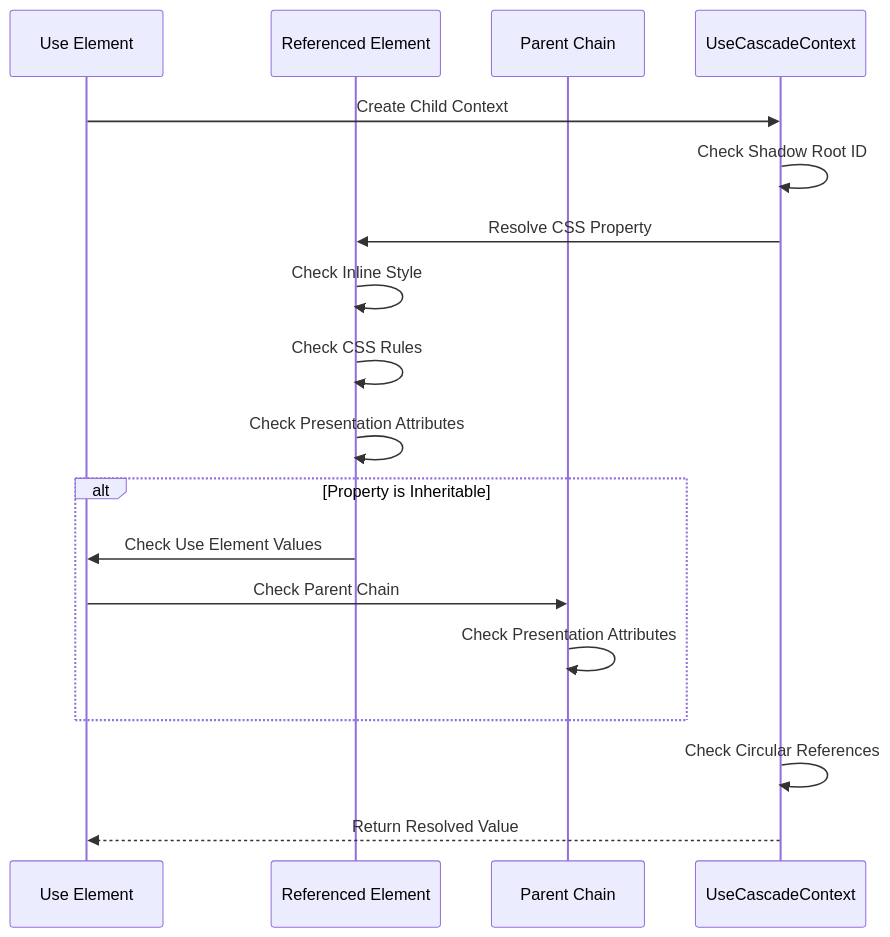
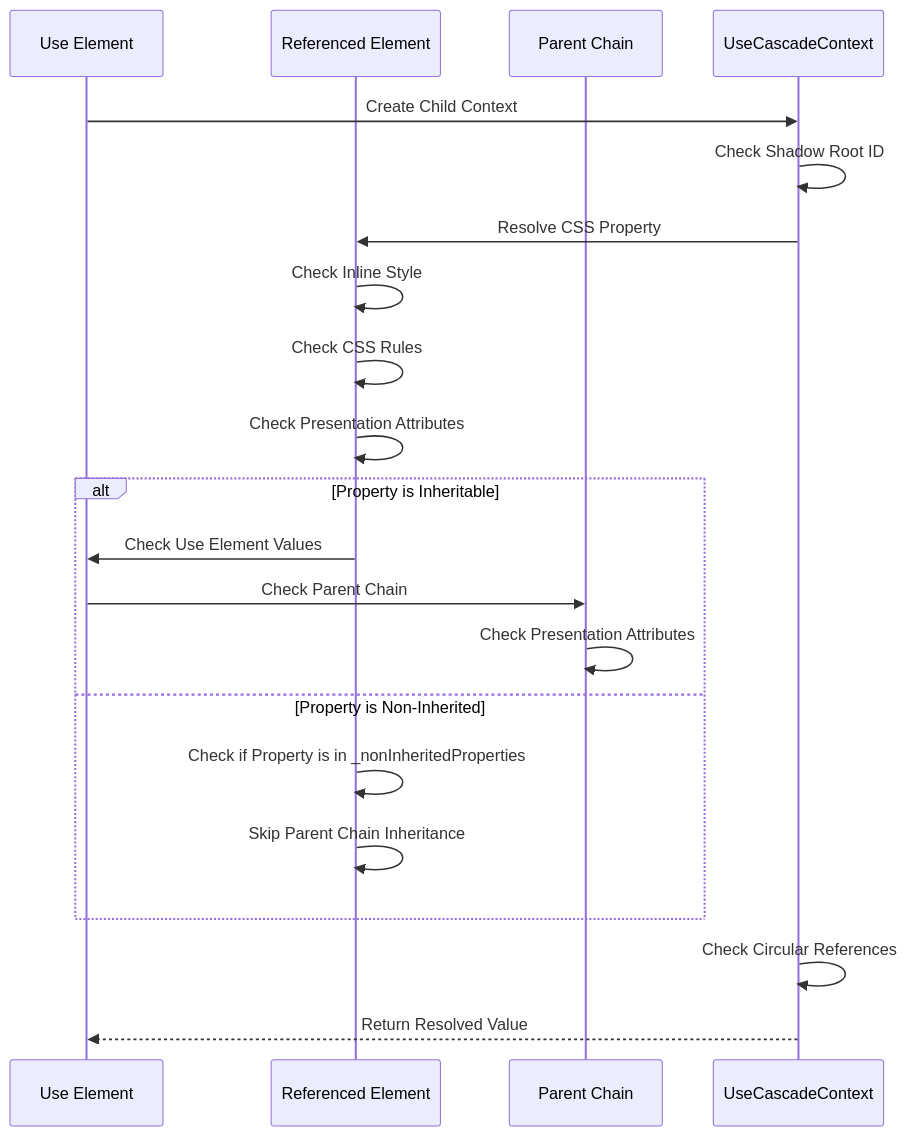
Before and after one commit to denisnadey/flutter_full_svg_support: the fifth of 8 diagrams in .qoder/repowiki/en/content/Animated SVG Support/Advanced Animation Features/Enhanced CSS Variables and Calculations/CSS Cascade System.md, drawn with Mermaid. The commit also changed other lines of this file and 629 other files, not shown here.

First line of the commit message:
feat(css-cascade): enhance non-inherited property handling and shadow DOM support

````diff
--- a/.qoder/repowiki/en/content/Animated SVG Support/Advanced Animation Features/Enhanced CSS Variables and Calculations/CSS Cascade System.md
+++ b/.qoder/repowiki/en/content/Animated SVG Support/Advanced Animation Features/Enhanced CSS Variables and Calculations/CSS Cascade System.md
@@ -302,20 +320,23 @@
 ```mermaid
 sequenceDiagram
 participant U as Use Element
 participant R as Referenced Element
 participant P as Parent Chain
 participant C as UseCascadeContext
 U->>C : Create Child Context
 C->>C : Check Shadow Root ID
 C->>R : Resolve CSS Property
 R->>R : Check Inline Style
 R->>R : Check CSS Rules
 R->>R : Check Presentation Attributes
 alt Property is Inheritable
 R->>U : Check Use Element Values
 U->>P : Check Parent Chain
 P->>P : Check Presentation Attributes
+else Property is Non-Inherited
+R->>R : Check if Property is in _nonInheritedProperties
+R->>R : Skip Parent Chain Inheritance
 end
 C->>C : Check Circular References
 C-->>U : Return Resolved Value
 ```
````
